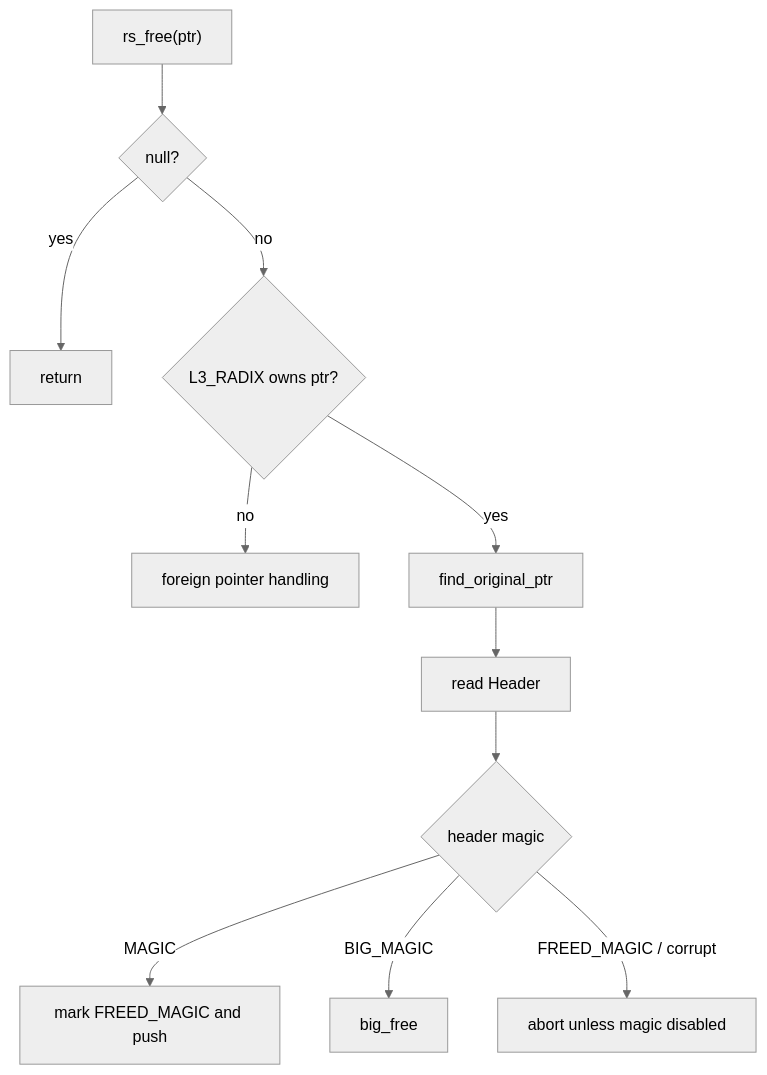
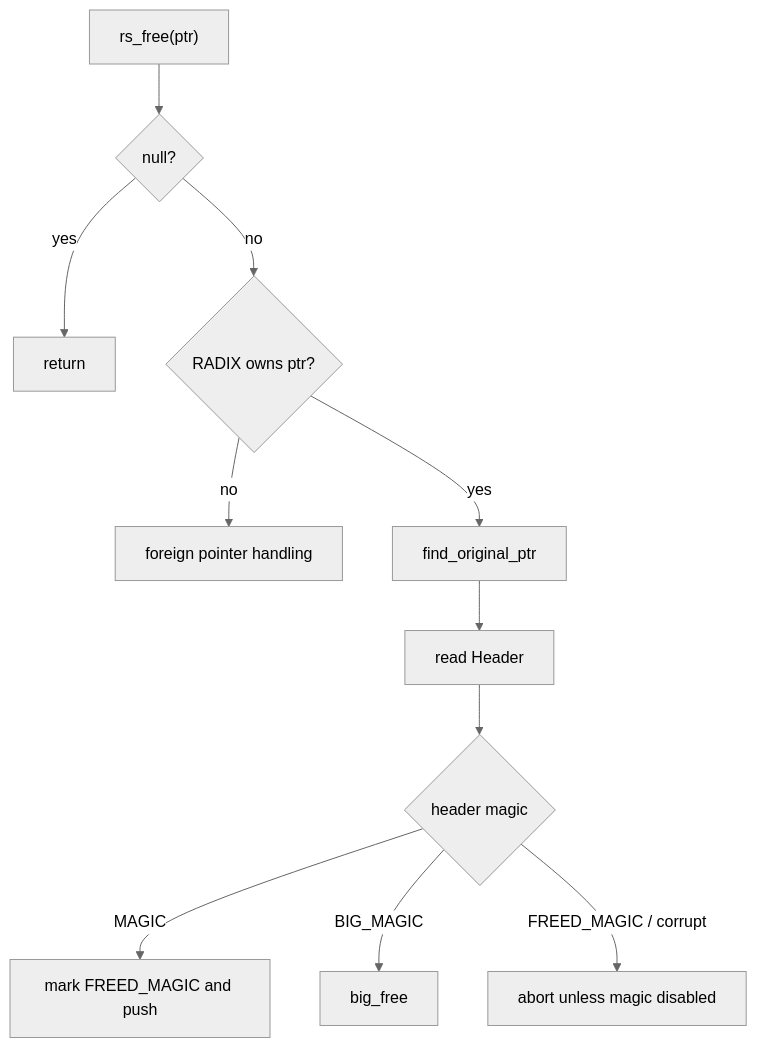
The third of 4 diagrams in architecture.md (Metehan120/rsmalloc), drawn with Mermaid (neutral theme) before and after one commit. The commit also changed other lines of this file and 31 other files, not shown here.

````diff
--- a/architecture.md
+++ b/architecture.md
@@ -308,13 +321,13 @@
 ```mermaid
 flowchart TD
     A["rs_free(ptr)"] --> B{"null?"}
     B -- "yes" --> RET["return"]
-    B -- "no" --> C{"L3_RADIX owns ptr?"}
+    B -- "no" --> C{"RADIX owns ptr?"}
     C -- "no" --> F["foreign pointer handling"]
     C -- "yes" --> D["find_original_ptr"]
     D --> E["read Header"]
     E --> S{"header magic"}
     S -- "MAGIC" --> P["mark FREED_MAGIC and push"]
     S -- "BIG_MAGIC" --> Q["big_free"]
     S -- "FREED_MAGIC / corrupt" --> R["abort unless magic disabled"]
 ```
````
